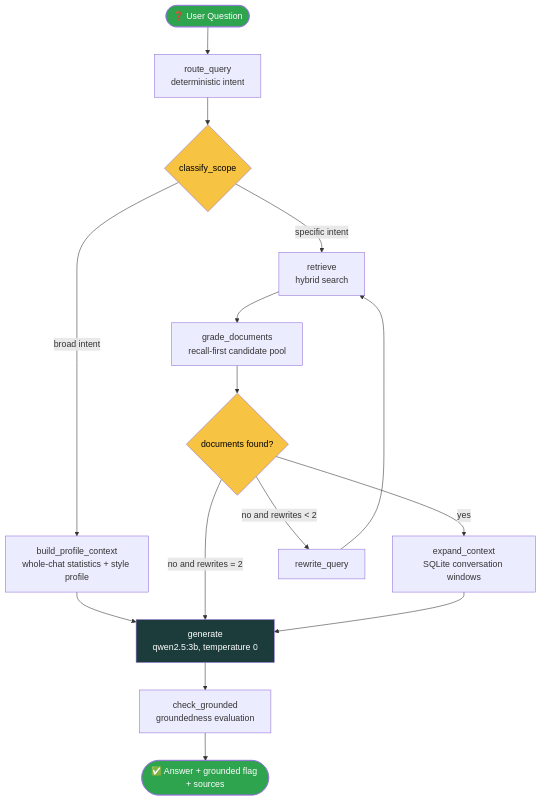
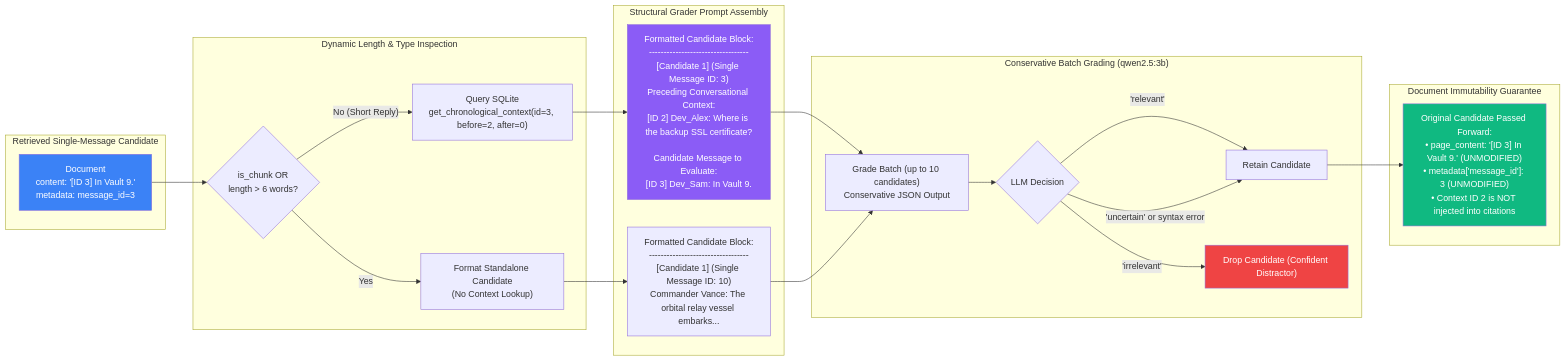
The third of 10 diagrams in README.md (vVIBHORj/chatlens_v2), drawn with Mermaid before and after one commit. The commit also changed other lines of this file and 5 other files, not shown here.

Commit message:
feat: context-aware relevance grading, fail-closed BM-03 comparison harness, and comprehensive README architecture update

````diff
--- a/README.md
+++ b/README.md
@@ -280,27 +213,35 @@
 ```mermaid
-flowchart TD
-    Q(["❓ User Question"]) --> R["route_query<br/>deterministic intent"]
-    R --> S{"classify_scope"}
+flowchart LR
+    subgraph RETRIEVED["Retrieved Single-Message Candidate"]
+        DOC["Document<br/>content: '[ID 3] In Vault 9.'<br/>metadata: message_id=3"]
+    end
 
-    S -- "broad intent" --> P["build_profile_context<br/>whole-chat statistics + style profile"]
-    S -- "specific intent" --> RET["retrieve<br/>hybrid search"]
+    subgraph INSPECTION["Dynamic Length & Type Inspection"]
+        DOC --> CHECK{"is_chunk OR<br/>length &gt; 6 words?"}
+        CHECK -- "Yes" --> PASS_THROUGH["Format Standalone Candidate<br/>(No Context Lookup)"]
+        CHECK -- "No (Short Reply)" --> SQL_FETCH["Query SQLite<br/>get_chronological_context(id=3, before=2, after=0)"]
+    end
 
-    P --> GEN
-    RET --> GR["grade_documents<br/>recall-first candidate pool"]
-    GR --> D{"documents found?"}
+    subgraph PROMPT_ASSEMBLY["Structural Grader Prompt Assembly"]
+        SQL_FETCH --> FORMAT["Formatted Candidate Block:<br/>----------------------------------<br/>[Candidate 1] (Single Message ID: 3)<br/>Preceding Conversational Context:<br/>[ID 2] Dev_Alex: Where is the backup SSL certificate?<br/><br/>Candidate Message to Evaluate:<br/>[ID 3] Dev_Sam: In Vault 9."]
+        PASS_THROUGH --> FORMAT_STANDALONE["Formatted Candidate Block:<br/>----------------------------------<br/>[Candidate 1] (Single Message ID: 10)<br/>Commander Vance: The orbital relay vessel embarks..."]
+    end
 
-    D -- "yes" --> EXP["expand_context<br/>SQLite conversation windows"]
-    D -- "no and rewrites &lt; 2" --> RW["rewrite_query"]
-    D -- "no and rewrites = 2" --> GEN
+    subgraph MODEL_EVAL["Conservative Batch Grading (qwen2.5:3b)"]
+        FORMAT --> BATCH["Grade Batch (up to 10 candidates)<br/>Conservative JSON Output"]
+        FORMAT_STANDALONE --> BATCH
+        BATCH --> DECISION{"LLM Decision"}
+        DECISION -- "'relevant'" --> RETAIN["Retain Candidate"]
+        DECISION -- "'uncertain' or syntax error" --> RETAIN
+        DECISION -- "'irrelevant'" --> DROP["Drop Candidate (Confident Distractor)"]
+    end
 
-    RW --> RET
-    EXP --> GEN["generate<br/>qwen2.5:3b, temperature 0"]
-    GEN --> CG["check_grounded<br/>groundedness evaluation"]
-    CG --> END(["✅ Answer + grounded flag + sources"])
+    subgraph IMMUTABILITY["Document Immutability Guarantee"]
+        RETAIN --> VERIFY["Original Candidate Passed Forward:<br/>• page_content: '[ID 3] In Vault 9.' (UNMODIFIED)<br/>• metadata['message_id']: 3 (UNMODIFIED)<br/>• Context ID 2 is NOT injected into citations"]
+    end
 
-    style Q fill:#2ea44f,color:#fff
-    style END fill:#2ea44f,color:#fff
-    style S fill:#f6c343,color:#000
-    style D fill:#f6c343,color:#000
-    style GEN fill:#1C3C3C,color:#fff
+    style DOC fill:#3b82f6,color:#fff
+    style FORMAT fill:#8b5cf6,color:#fff
+    style VERIFY fill:#10b981,color:#fff
+    style DROP fill:#ef4444,color:#fff
 ```
````
